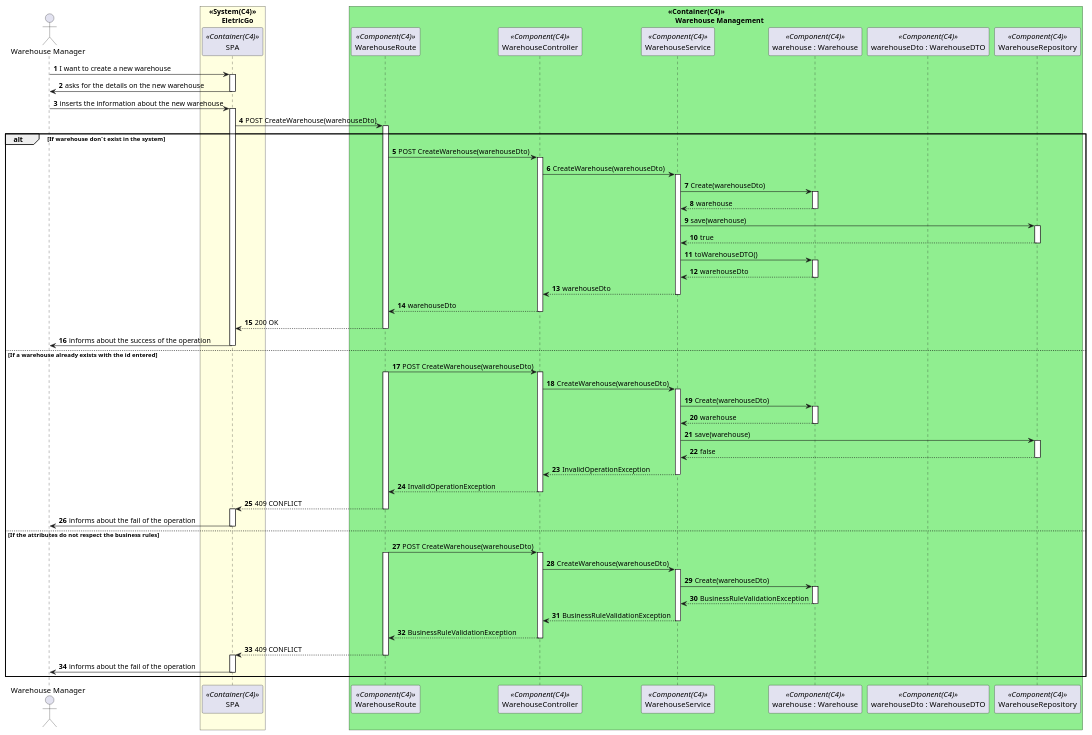
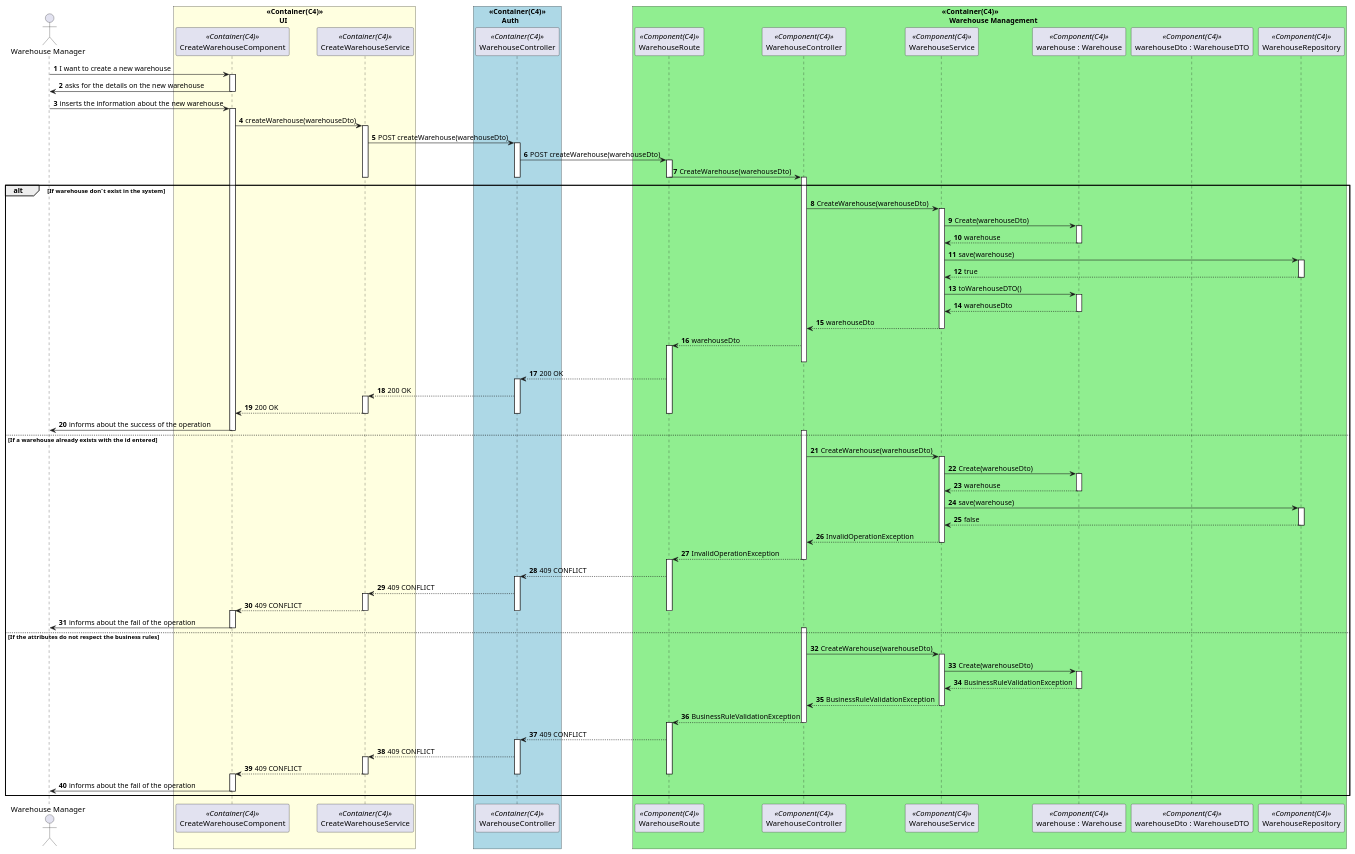
The diagram in Documents/1200720/.puml/CreateWarehouseSD_N3.puml (0franciscor/dei_3dj_057), drawn with PlantUML before and after one commit. The commit also changed 30 other files, not shown here.

Commit message:
#134 - Diagramas de nível 3 relativos a vista de processos da criação, edição e listagem dos armazéns.

```diff
--- a/Documents/1200720/.puml/CreateWarehouseSD_N3.puml
+++ b/Documents/1200720/.puml/CreateWarehouseSD_N3.puml
@@ -2,118 +2,150 @@
 @startuml 
 autonumber
 
 actor "Warehouse Manager" as admin
 
 
-box "<<System(C4)>>\n       EletricGo" #LightYellow
-participant SPA as ui <<Container(C4)>>
+box "<<Container(C4)>>\n       UI" #LightYellow
+participant CreateWarehouseComponent as uiComponent <<Container(C4)>>
+participant CreateWarehouseService as uiService <<Container(C4)>>
+box "<<Container(C4)>>\n       Auth" #LightBlue
+participant WarehouseController as authController <<Container(C4)>>
 box "<<Container(C4)>>\n    Warehouse Management" #LightGreen
 participant WarehouseRoute as  WM <<Component(C4)>>
 participant WarehouseController as  CTL <<Component(C4)>>
 participant WarehouseService as  SV <<Component(C4)>>
 participant "warehouse : Warehouse" as  W <<Component(C4)>>
 participant "warehouseDto : WarehouseDTO" as  DTO <<Component(C4)>>
 participant WarehouseRepository as  WR <<Component(C4)>>
 end box
 end box
 
-admin -> ui: I want to create a new warehouse
-activate ui
+admin -> uiComponent: I want to create a new warehouse
+activate uiComponent
 
-ui -> admin: asks for the details on the new warehouse
-deactivate ui
+uiComponent -> admin: asks for the details on the new warehouse
+deactivate uiComponent
 
-admin -> ui: inserts the information about the new warehouse
+admin -> uiComponent: inserts the information about the new warehouse
 
-activate ui
-ui -> WM: POST CreateWarehouse(warehouseDto)
+activate uiComponent
+uiComponent -> uiService: createWarehouse(warehouseDto)
+activate uiService
+uiService -> authController : POST createWarehouse(warehouseDto)
+activate authController
+authController -> WM : POST createWarehouse(warehouseDto)
 activate WM
+WM -> CTL : CreateWarehouse(warehouseDto)
+deactivate WM
+deactivate authController
+deactivate uiService
 alt If warehouse don´t exist in the system 
-WM -> CTL: POST CreateWarehouse(warehouseDto)
+
 activate CTL
 CTL -> SV : CreateWarehouse(warehouseDto)
 activate SV
 
 SV -> W : Create(warehouseDto)
 activate W
 W --> SV : warehouse 
 deactivate W
 
 SV -> WR : save(warehouse)
 activate WR
 WR --> SV : true 
 deactivate WR
 
 SV -> W : toWarehouseDTO()
 activate W
 W --> SV : warehouseDto
 deactivate W
 SV --> CTL : warehouseDto
 deactivate SV
 CTL --> WM : warehouseDto
+activate WM
 deactivate CTL
 
 
-WM --> ui: 200 OK
+WM --> authController: 200 OK
+activate authController
+authController --> uiService : 200 OK 
+activate uiService 
+uiService --> uiComponent : 200 OK 
+deactivate uiService
+deactivate authController
 deactivate WM
 
-ui -> admin: informs about the success of the operation
-deactivate ui
+uiComponent -> admin: informs about the success of the operation
+deactivate uiComponent
 
 else If a warehouse already exists with the id entered
 
-WM -> CTL: POST CreateWarehouse(warehouseDto)
-activate WM
+
 activate CTL
 CTL -> SV : CreateWarehouse(warehouseDto)
 activate SV
 
 SV -> W : Create(warehouseDto)
 activate W
 W --> SV : warehouse 
 deactivate W
 
 SV -> WR : save(warehouse)
 activate WR
 WR --> SV : false
 deactivate WR
 SV --> CTL : InvalidOperationException
+
 deactivate SV
 CTL --> WM : InvalidOperationException
+
+
 deactivate CTL
-
-WM --> ui: 409 CONFLICT
+activate WM
+WM --> authController: 409 CONFLICT
+activate authController
+authController --> uiService : 409 CONFLICT 
+activate uiService 
+uiService --> uiComponent : 409 CONFLICT 
+deactivate uiService
+deactivate authController
 deactivate WM
 
-activate ui
-ui -> admin: informs about the fail of the operation
-deactivate ui 
+activate uiComponent
+uiComponent -> admin: informs about the fail of the operation
+deactivate uiComponent 
 
 else If the attributes do not respect the business rules
-WM -> CTL: POST CreateWarehouse(warehouseDto)
-activate WM
+
 activate CTL
 CTL -> SV : CreateWarehouse(warehouseDto)
 activate SV
 
 SV -> W : Create(warehouseDto)
 activate W
 W --> SV : BusinessRuleValidationException
 deactivate W
 
 SV --> CTL : BusinessRuleValidationException
 deactivate SV
 CTL --> WM : BusinessRuleValidationException
 deactivate CTL
-
-WM --> ui: 409 CONFLICT
+deactivate CTL
+activate WM
+WM --> authController: 409 CONFLICT
+activate authController
+authController --> uiService : 409 CONFLICT 
+activate uiService 
+uiService --> uiComponent : 409 CONFLICT 
+deactivate uiService
+deactivate authController
 deactivate WM
 
-activate ui
-ui -> admin: informs about the fail of the operation
-deactivate ui 
+activate uiComponent
+uiComponent -> admin: informs about the fail of the operation
+deactivate uiComponent 
 end 
-deactivate ui
+deactivate uiComponent
 deactivate admin
 
 @enduml
```
